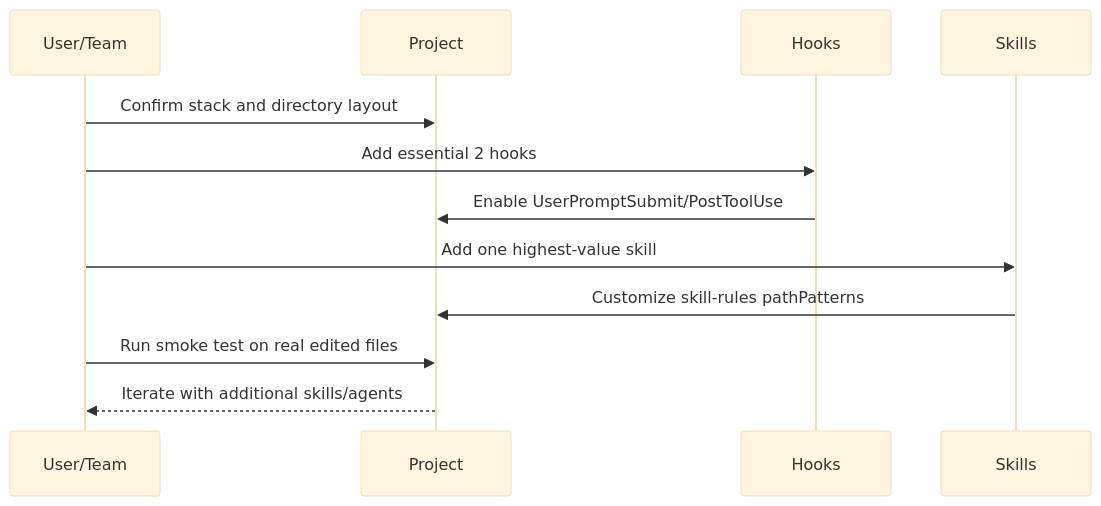
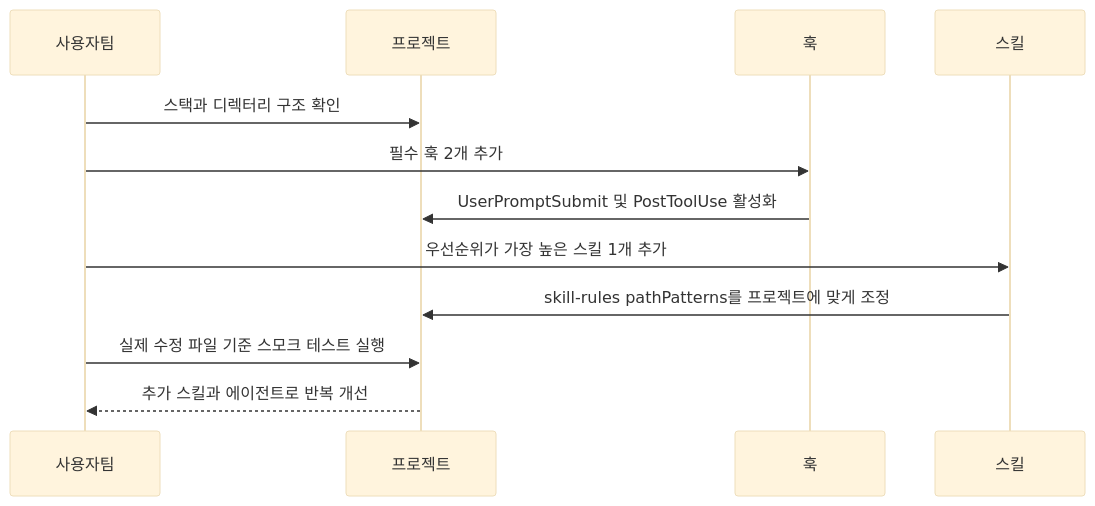
The fourth of 4 diagrams in content/post/2026/2026-02-23-claude-code-infrastructure-showcase-integration-guide.md (gyuha/blog), drawn with Mermaid (base theme) before and after one commit. The commit also changed other lines of this file, not shown here.

Commit message:
update blog source

````diff
--- a/content/post/2026/2026-02-23-claude-code-infrastructure-showcase-integration-guide.md
+++ b/content/post/2026/2026-02-23-claude-code-infrastructure-showcase-integration-guide.md
@@ -158,15 +158,15 @@
 ```mermaid
 sequenceDiagram
-  participant U as User/Team
-  participant P as Project
-  participant H as Hooks
-  participant S as Skills
+  participant U as 사용자팀
+  participant P as 프로젝트
+  participant H as 훅
+  participant S as 스킬
 
-  U->>P: Confirm stack and directory layout
-  U->>H: Add essential 2 hooks
-  H->>P: Enable UserPromptSubmit/PostToolUse
-  U->>S: Add one highest-value skill
-  S->>P: Customize skill-rules pathPatterns
-  U->>P: Run smoke test on real edited files
-  P-->>U: Iterate with additional skills/agents
+  U->>P: 스택과 디렉터리 구조 확인
+  U->>H: 필수 훅 2개 추가
+  H->>P: UserPromptSubmit 및 PostToolUse 활성화
+  U->>S: 우선순위가 가장 높은 스킬 1개 추가
+  S->>P: skill-rules pathPatterns를 프로젝트에 맞게 조정
+  U->>P: 실제 수정 파일 기준 스모크 테스트 실행
+  P-->>U: 추가 스킬과 에이전트로 반복 개선
 ```
````
